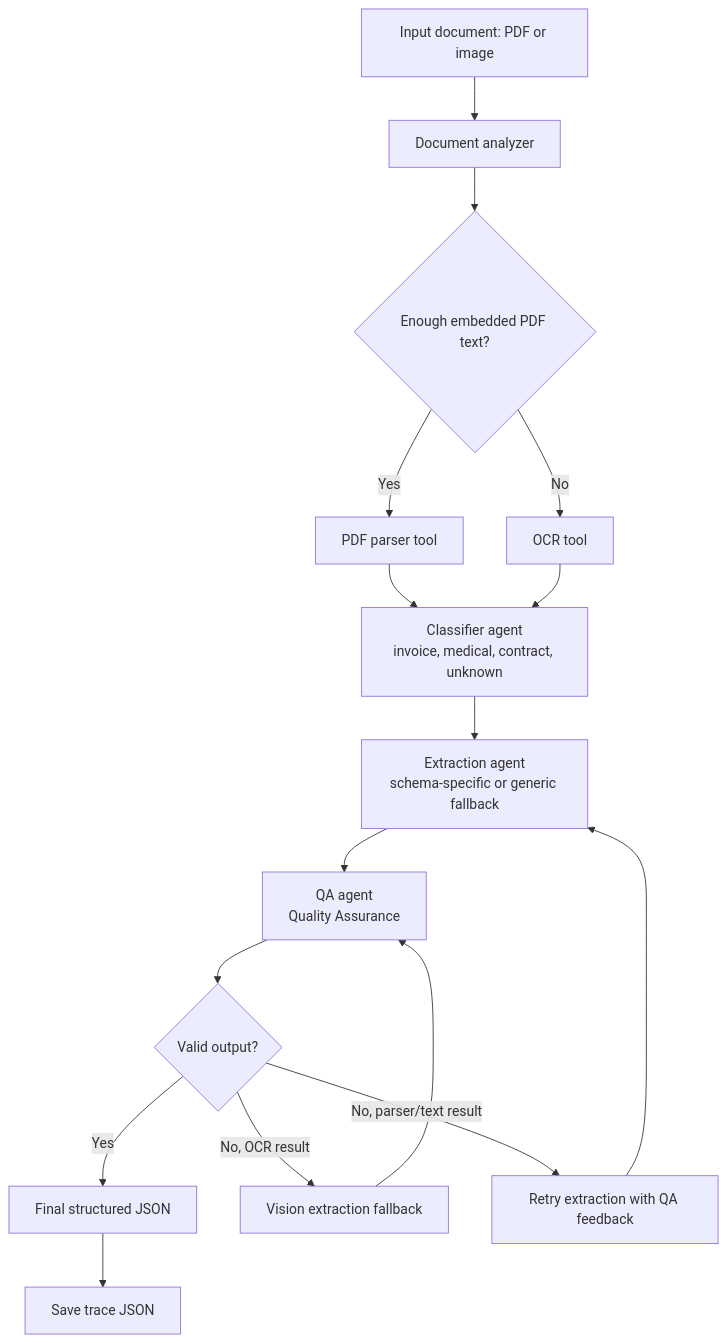
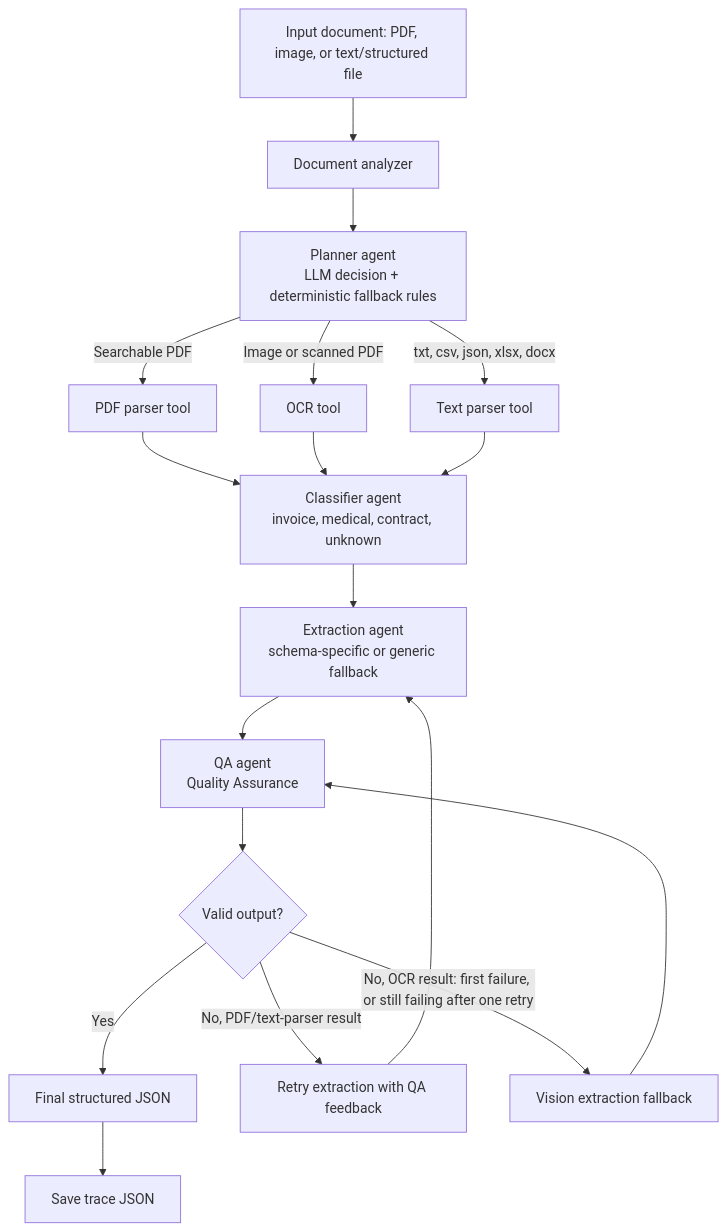
One commit to priyanka-ravva/agentic-document-processing changed the diagram in agent_run_report.md. Above: the diagram before and after it, drawn with Mermaid. The commit also changed other lines of this file and 2 other files, not shown here.

Commit message:
initial commit changes

````diff
--- a/agent_run_report.md
+++ b/agent_run_report.md
@@ -41,23 +41,25 @@
 ```mermaid
 flowchart TD
-    A[Input document: PDF or image] --> B[Document analyzer]
-    B --> C{Enough embedded PDF text?}
+    A[Input document: PDF, image, or text/structured file] --> B[Document analyzer]
+    B --> C[Planner agent<br/>LLM decision + deterministic fallback rules]
 
-    C -->|Yes| D[PDF parser tool]
-    C -->|No| E[OCR tool]
+    C -->|Searchable PDF| D[PDF parser tool]
+    C -->|Image or scanned PDF| E[OCR tool]
+    C -->|txt, csv, json, xlsx, docx| P[Text parser tool]
 
     D --> F[Classifier agent<br/>invoice, medical, contract, unknown]
     E --> F
+    P --> F
 
     F --> G[Extraction agent<br/>schema-specific or generic fallback]
     G --> H[QA agent<br/>Quality Assurance]
     H --> I{Valid output?}
 
     I -->|Yes| J[Final structured JSON]
-    I -->|No, OCR result| K[Vision extraction fallback]
-    I -->|No, parser/text result| L[Retry extraction with QA feedback]
+    I -->|No, PDF/text-parser result| L[Retry extraction with QA feedback]
+    I -->|No, OCR result: first failure, or still failing after one retry| K[Vision extraction fallback]
 
     K --> H
     L --> G
     J --> M[Save trace JSON]
 ```
````
